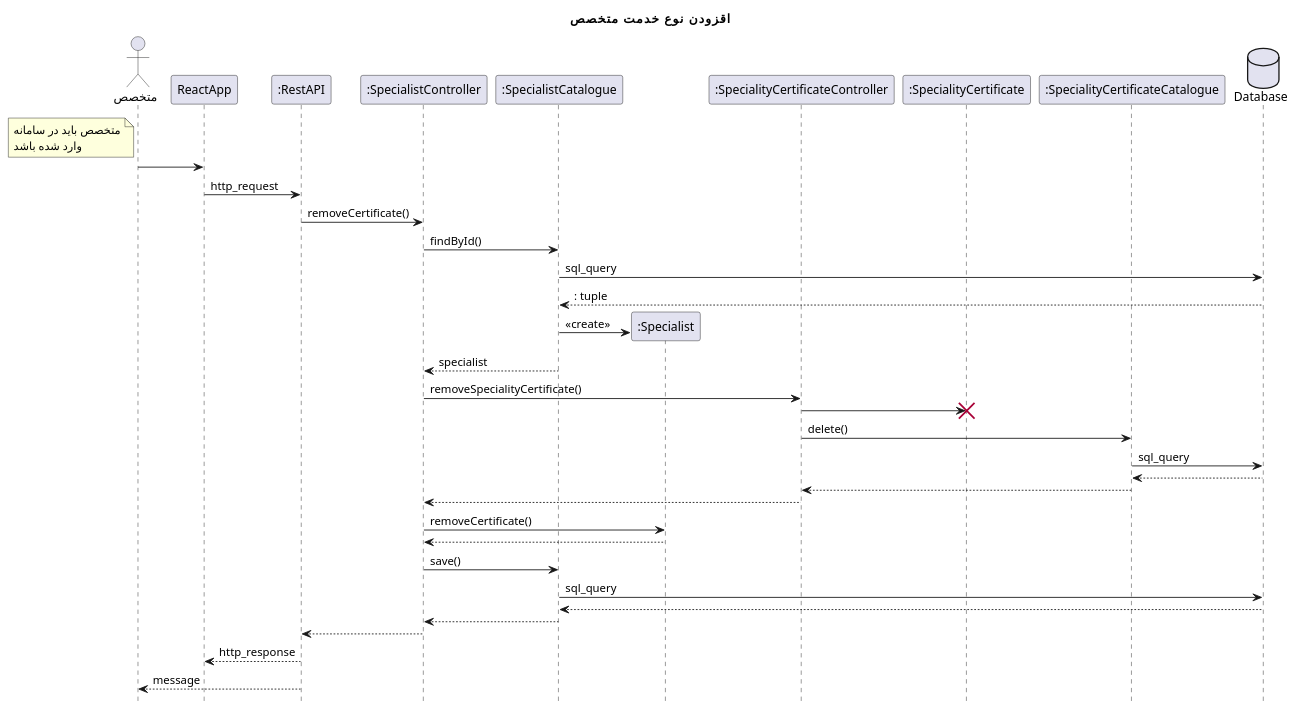
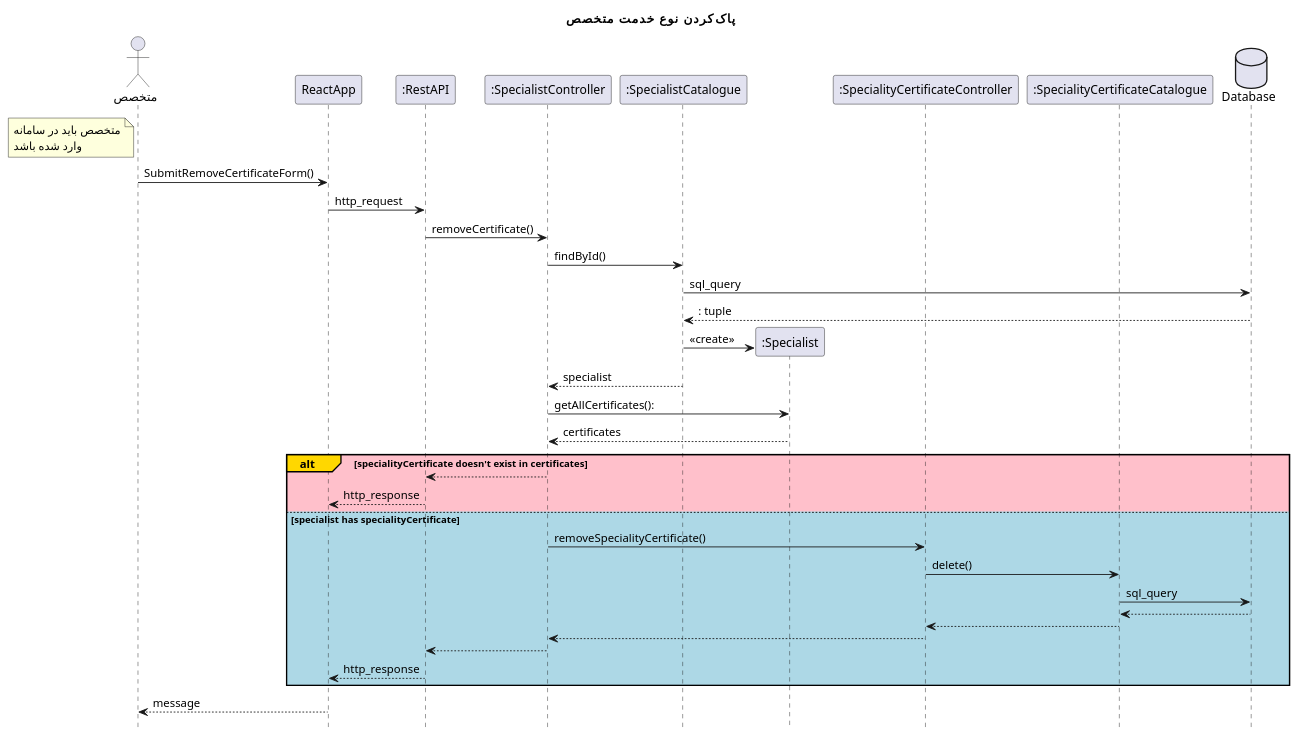
One commit to Khedmatkar-OOD-spring-2022/Model-and-Documents changed the diagram in design sequence diagams/removeCertificate.plantuml. Above: the diagram before and after it, drawn with PlantUML.

Commit message:
modified removeSpecialityCertificate

```diff
--- a/design sequence diagams/removeCertificate.plantuml
+++ b/design sequence diagams/removeCertificate.plantuml
@@ -1,46 +1,48 @@
 @startuml logout
 hide footbox
-title اقزودن نوع خدمت متخصص
+title "پاک‌کردن نوع خدمت متخصص"
 actor       "متخصص" as user
 participant ReactApp
 participant ":RestAPI" as RestAPI
 participant ":SpecialistController" as SpecialistController
 participant ":SpecialistCatalogue" as SpecialistCatalogue
 participant ":Specialist" as Specialist
 participant ":SpecialityCertificateController" as SpecialityCertificateController
-participant ":SpecialityCertificate" as SpecialityCertificate
 participant ":SpecialityCertificateCatalogue" as SpecialityCertificateCatalogue
 database Database
 
 note left of user
     متخصص باید در سامانه
     وارد شده باشد
 end note
 
-user -> ReactApp: 
+user -> ReactApp: SubmitRemoveCertificateForm()
 ReactApp -> RestAPI : http_request
 RestAPI -> SpecialistController : removeCertificate()
 SpecialistController -> SpecialistCatalogue : findById()
 SpecialistCatalogue -> Database: sql_query
 return: tuple
 SpecialistCatalogue -> Specialist ** :<<create>>
 SpecialistCatalogue --> SpecialistController : specialist
-SpecialistController -> SpecialityCertificateController: removeSpecialityCertificate()
-SpecialityCertificateController -> SpecialityCertificate !!
-SpecialityCertificateController -> SpecialityCertificateCatalogue : delete()
-SpecialityCertificateCatalogue -> Database: sql_query
-return
-SpecialityCertificateCatalogue --> SpecialityCertificateController
-SpecialityCertificateController --> SpecialistController
+SpecialistController -> Specialist: getAllCertificates():
+return certificates
+alt#gold #pink specialityCertificate doesn't exist in certificates
 
-SpecialistController -> Specialist : removeCertificate()
-return
-SpecialistController -> SpecialistCatalogue: save()
-SpecialistCatalogue ->Database: sql_query
-return
-SpecialistCatalogue --> SpecialistController
-SpecialistController --> RestAPI
-RestAPI --> ReactApp : http_response
-RestAPI --> user: message
+    SpecialistController --> RestAPI
+    RestAPI --> ReactApp : http_response
+
+else #lightblue specialist has specialityCertificate
+
+    SpecialistController -> SpecialityCertificateController: removeSpecialityCertificate()
+    SpecialityCertificateController -> SpecialityCertificateCatalogue : delete()
+    SpecialityCertificateCatalogue -> Database: sql_query
+    return
+    SpecialityCertificateCatalogue --> SpecialityCertificateController
+    SpecialityCertificateController --> SpecialistController
+    SpecialistController --> RestAPI
+    RestAPI --> ReactApp : http_response
+
+end
+ReactApp --> user: message
 
 @enduml
```
